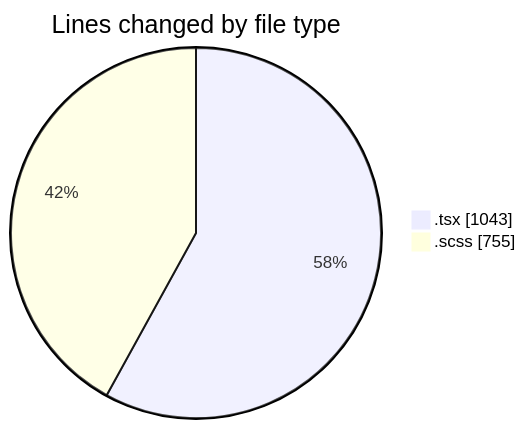
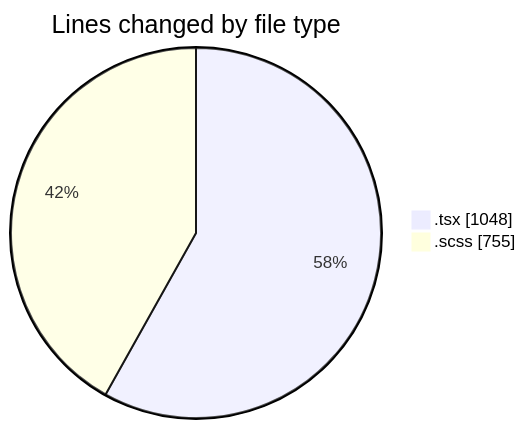
One commit to momahboobian/code-tracking changed the first of 2 diagrams in 2025-10-06/cda/README.md. Above: the diagram before and after it, drawn with Mermaid. The commit also changed other lines of this file and 1 other file, not shown here.

````diff
--- a/2025-10-06/cda/README.md
+++ b/2025-10-06/cda/README.md
@@ -24,6 +24,6 @@
 ```mermaid
 pie showData
 title Lines changed by file type
-".tsx" : 1043
+".tsx" : 1048
 ".scss" : 755
 ```
````
